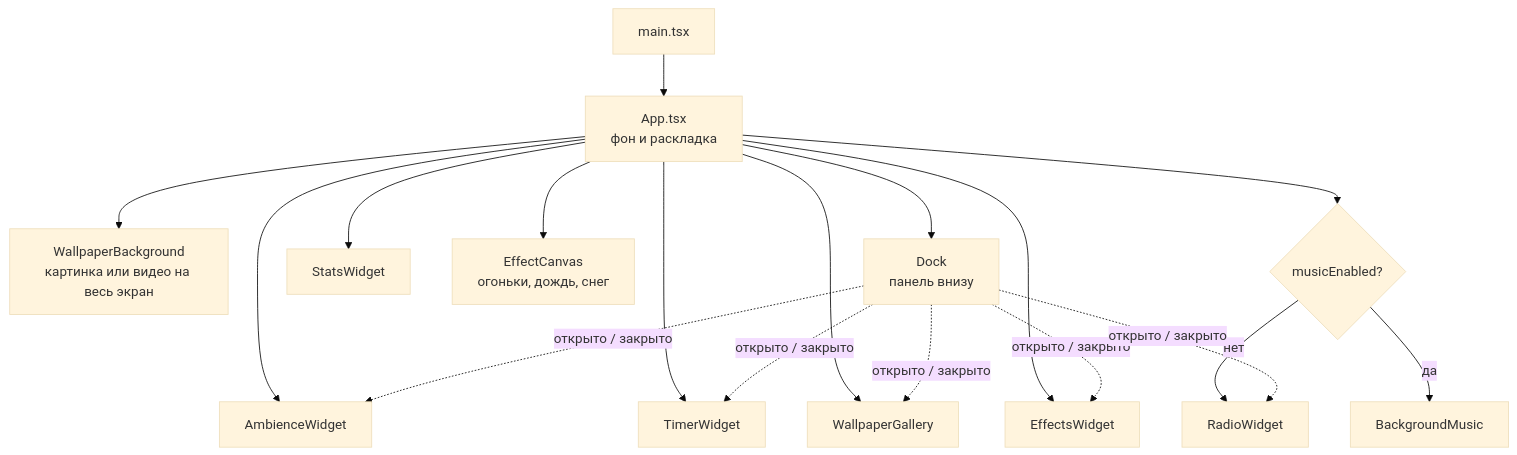
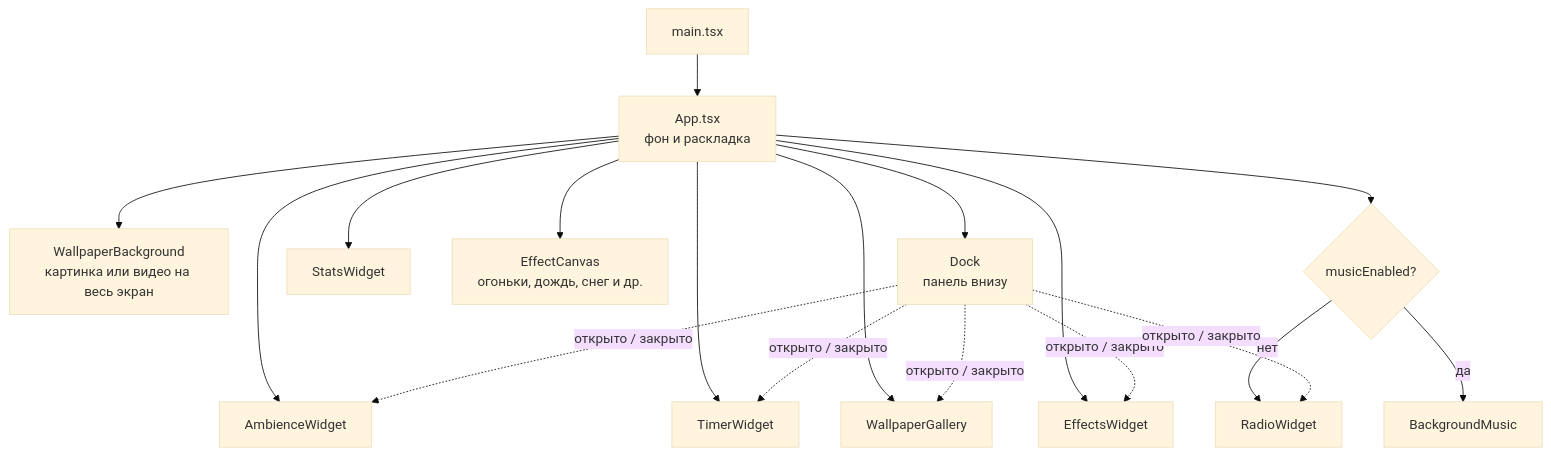
One commit to kagulion/tempo changed the diagram in docs/widgets.md. Above: the diagram before and after it, drawn with Mermaid (base theme). The commit also changed other lines of this file and 10 other files, not shown here.

````diff
--- a/docs/widgets.md
+++ b/docs/widgets.md
@@ -7,16 +7,16 @@
 ```mermaid
 flowchart TD
     main[main.tsx] --> App[App.tsx<br/>фон и раскладка]
     App --> Img[WallpaperBackground<br/>картинка или видео на весь экран]
     App --> Dock[Dock<br/>панель внизу]
     App --> AW[AmbienceWidget]
     App --> TW[TimerWidget]
     App --> SW[StatsWidget]
     App --> WS[WallpaperGallery]
     App --> EW[EffectsWidget]
-    App --> FX[EffectCanvas<br/>огоньки, дождь, снег]
+    App --> FX[EffectCanvas<br/>огоньки, дождь, снег и др.]
     App --> R{musicEnabled?}
     R -- нет --> RW[RadioWidget]
     R -- да --> BM[BackgroundMusic]
     Dock -. открыто / закрыто .-> AW & TW & WS & EW & RW
 ```
````
